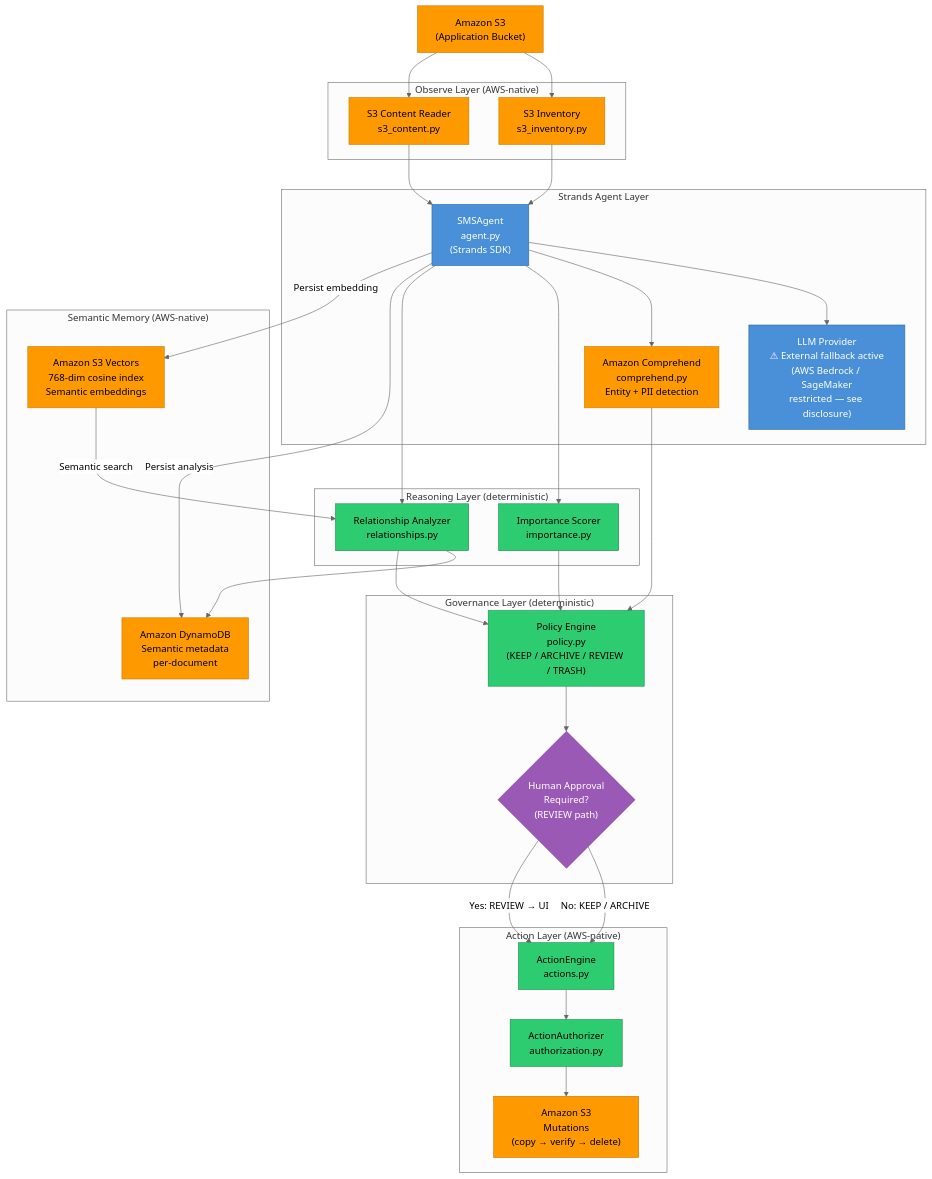
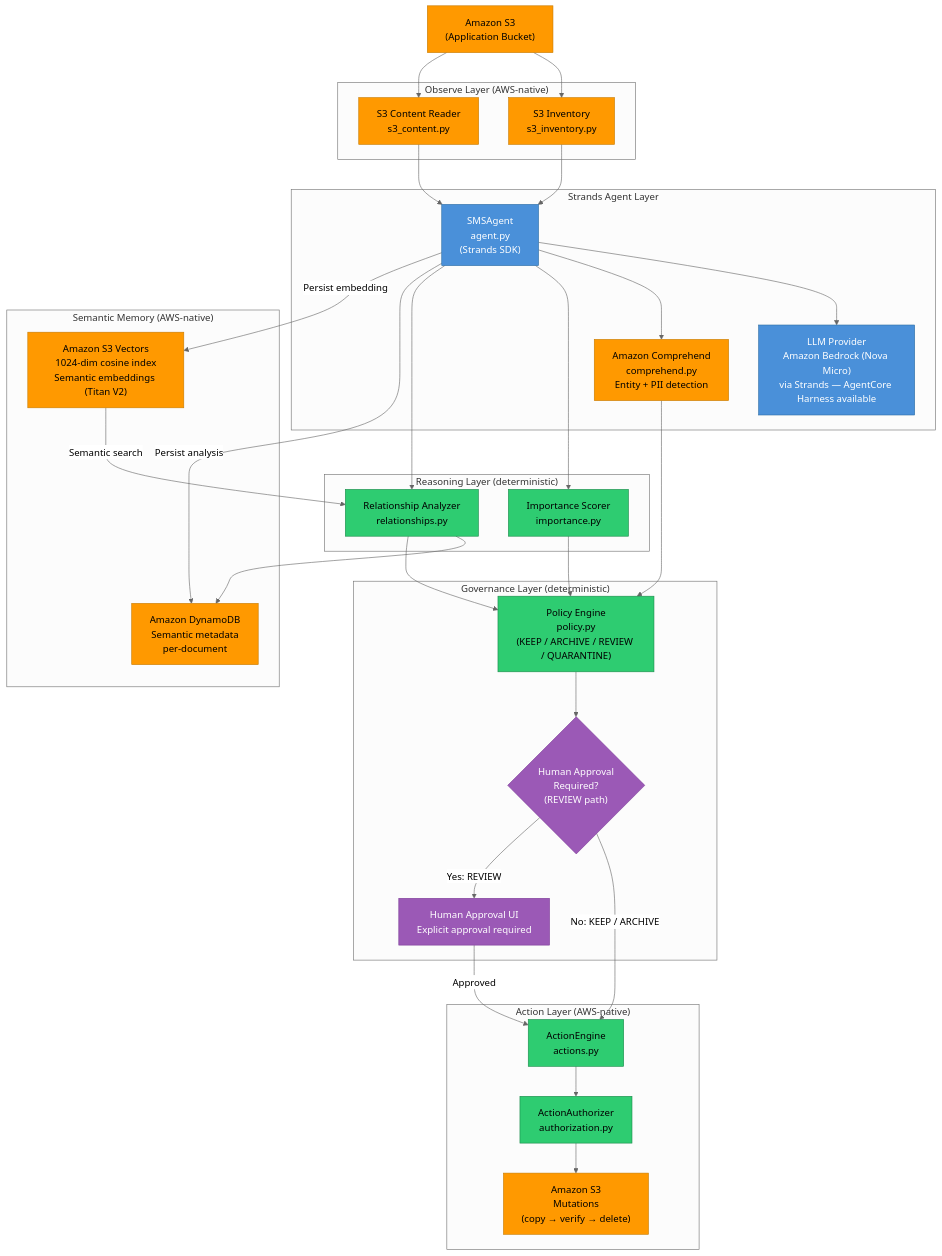
One commit to Synthesis-works/Semantic-Memory-Steward changed the diagram in docs/architecture.md. Above: the diagram before and after it, drawn with Mermaid (neutral theme). The commit also changed other lines of this file and 2 other files, not shown here.

Commit message:
docs: add final architecture diagram
- Copy finalized architecture PNG from local path into docs/assets/architecture.png
- Add PNG display to docs/architecture.md (relative image reference)
- Update docs/architecture.md Mermaid source to the finalized diagram:
  Bedrock (Nova Micro) via Strands, AgentCore Harness available,
  KEEP/ARCHIVE/REVIEW/QUARANTINE policy, Human Approval UI with explicit
  approval path into ActionEngine, 1024-dim cosine index (Titan V2)
- Remove stale Bedrock-restricted disclosure and 768-dim wording
- Update README Architecture section to display the PNG directly with
  a link to the full Mermaid source

Documentation/assets only. No application/backend/AWS/secrets/dependency changes.

````diff
--- a/docs/architecture.md
+++ b/docs/architecture.md
@@ -17,74 +25,78 @@
 ```mermaid
 flowchart TD
-    S3_BUCKET["Amazon S3\n(Application Bucket)"]
+
+    S3_BUCKET["Amazon S3<br/>(Application Bucket)"]
 
     subgraph OBSERVE["Observe Layer (AWS-native)"]
-        INVENTORY["S3 Inventory\ns3_inventory.py"]
-        READER["S3 Content Reader\ns3_content.py"]
+        INVENTORY["S3 Inventory<br/>s3_inventory.py"]
+        READER["S3 Content Reader<br/>s3_content.py"]
     end
 
     subgraph AGENT["Strands Agent Layer"]
-        STRANDS["SMSAgent\nagent.py\n(Strands SDK)"]
-        LLM["LLM Provider\n⚠ External fallback active\n(AWS Bedrock / SageMaker\nrestricted — see disclosure)"]
-        COMPREHEND["Amazon Comprehend\ncomprehend.py\nEntity + PII detection"]
+        STRANDS["SMSAgent<br/>agent.py<br/>(Strands SDK)"]
+        LLM["LLM Provider<br/>Amazon Bedrock (Nova Micro)<br/>via Strands — AgentCore Harness available"]
+        COMPREHEND["Amazon Comprehend<br/>comprehend.py<br/>Entity + PII detection"]
     end
 
     subgraph REASON["Reasoning Layer (deterministic)"]
-        IMPORTANCE["Importance Scorer\nimportance.py"]
-        RELATIONSHIPS["Relationship Analyzer\nrelationships.py"]
+        IMPORTANCE["Importance Scorer<br/>importance.py"]
+        RELATIONSHIPS["Relationship Analyzer<br/>relationships.py"]
     end
 
     subgraph GOVERNANCE["Governance Layer (deterministic)"]
-        POLICY["Policy Engine\npolicy.py\n(KEEP / ARCHIVE / REVIEW / TRASH)"]
-        APPROVAL{"Human Approval\nRequired?\n(REVIEW path)"}
+        POLICY["Policy Engine<br/>policy.py<br/>(KEEP / ARCHIVE / REVIEW / QUARANTINE)"]
+        APPROVAL{"Human Approval<br/>Required?<br/>(REVIEW path)"}
+        REVIEW_UI["Human Approval UI<br/>Explicit approval required"]
     end
 
     subgraph MEMORY["Semantic Memory (AWS-native)"]
-        DYNAMO["Amazon DynamoDB\nSemantic metadata\nper-document"]
-        S3VEC["Amazon S3 Vectors\n768-dim cosine index\nSemantic embeddings"]
+        DYNAMO["Amazon DynamoDB<br/>Semantic metadata<br/>per-document"]
+        S3VEC["Amazon S3 Vectors<br/>1024-dim cosine index<br/>Semantic embeddings (Titan V2)"]
     end
 
     subgraph ACTION["Action Layer (AWS-native)"]
-        AUTH["ActionAuthorizer\nauthorization.py"]
-        ENGINE["ActionEngine\nactions.py"]
-        S3_MUTATIONS["Amazon S3\nMutations\n(copy → verify → delete)"]
+        AUTH["ActionAuthorizer<br/>authorization.py"]
+        ENGINE["ActionEngine<br/>actions.py"]
+        S3_MUTATIONS["Amazon S3<br/>Mutations<br/>(copy → verify → delete)"]
     end
 
     S3_BUCKET --> INVENTORY
     S3_BUCKET --> READER
+
     INVENTORY --> STRANDS
     READER --> STRANDS
 
     STRANDS --> LLM
     STRANDS --> COMPREHEND
-
     STRANDS --> IMPORTANCE
     STRANDS --> RELATIONSHIPS
+
     S3VEC -->|"Semantic search"| RELATIONSHIPS
     RELATIONSHIPS --> DYNAMO
 
     IMPORTANCE --> POLICY
     RELATIONSHIPS --> POLICY
     COMPREHEND --> POLICY
 
     POLICY --> APPROVAL
+
     APPROVAL -->|"No: KEEP / ARCHIVE"| ENGINE
-    APPROVAL -->|"Yes: REVIEW → UI"| ENGINE
+    APPROVAL -->|"Yes: REVIEW"| REVIEW_UI
+    REVIEW_UI -->|"Approved"| ENGINE
 
     ENGINE --> AUTH
     AUTH --> S3_MUTATIONS
 
     STRANDS -->|"Persist analysis"| DYNAMO
     STRANDS -->|"Persist embedding"| S3VEC
 
     classDef awsnative fill:#FF9900,color:#000,stroke:#c77b00
     classDef strands fill:#4A90D9,color:#fff,stroke:#2c6da3
     classDef deterministic fill:#2ecc71,color:#000,stroke:#1a8a4a
-    classDef restricted fill:#e74c3c,color:#fff,stroke:#c0392b
     classDef human fill:#9b59b6,color:#fff,stroke:#7d3c98
 
     class S3_BUCKET,INVENTORY,READER,DYNAMO,S3VEC,COMPREHEND,S3_MUTATIONS awsnative
     class STRANDS,LLM strands
     class IMPORTANCE,RELATIONSHIPS,POLICY,AUTH,ENGINE deterministic
-    class APPROVAL human
+    class APPROVAL,REVIEW_UI human
 ```
````
